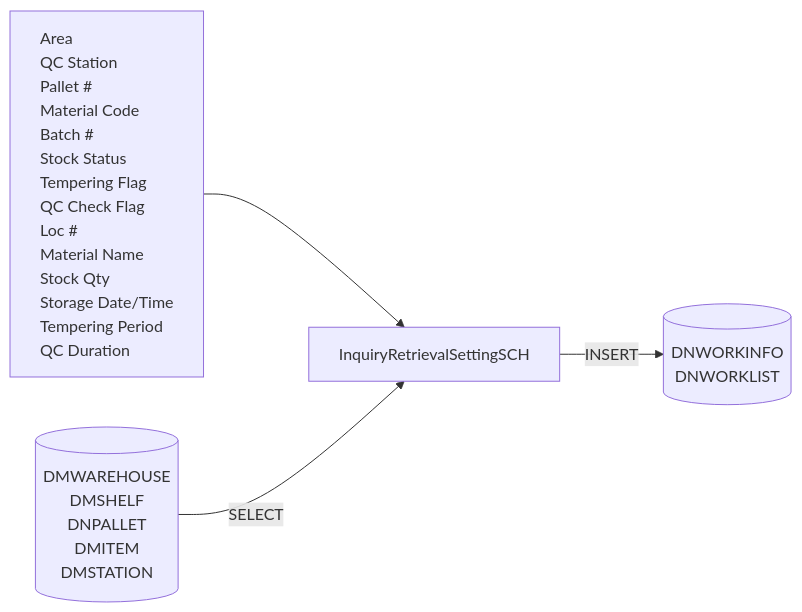
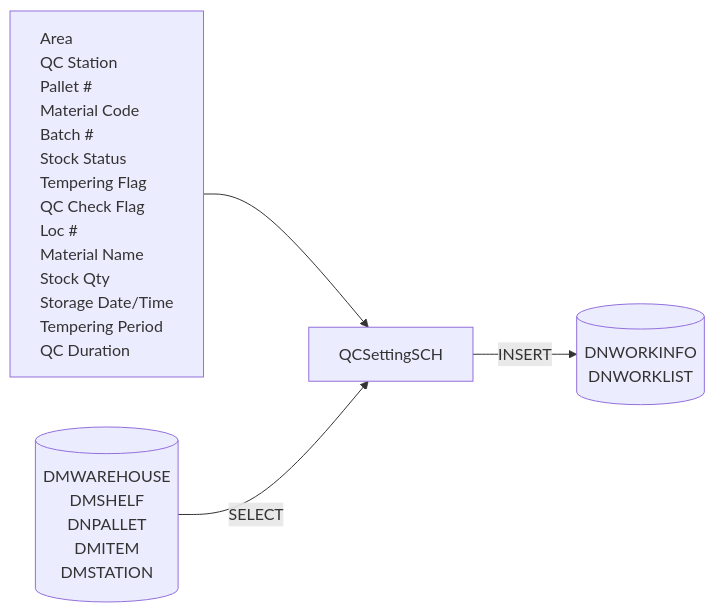
One commit to luthfiadityaa/SimeDarby-Wiki changed the third of 3 diagrams in Basic-Design/DFD-WMS/Retrieval/QC-Setting/Retrieval-for-QC-Start.md. Above: the diagram before and after it, drawn with Mermaid.

Commit message:
Updated Retrieval for QC Start

```diff
--- a/Basic-Design/DFD-WMS/Retrieval/QC-Setting/Retrieval-for-QC-Start.md
+++ b/Basic-Design/DFD-WMS/Retrieval/QC-Setting/Retrieval-for-QC-Start.md
@@ -88,40 +88,40 @@
 ::: mermaid
 flowchart LR
     input[
         Area
         QC Station
         Pallet #
         Material Code
         Batch #
         Stock Status
         Tempering Flag
         QC Check Flag
         Loc #
         Material Name
         Stock Qty
         Storage Date/Time
         Tempering Period
         QC Duration
     ]
 
     tableList-insert[("
         DNWORKINFO
         DNWORKLIST
     ")]
 
      tableList-select[("
         DMWAREHOUSE
         DMSHELF
         DNPALLET
         DMITEM
         DMSTATION
     ")]
 
-    className[InquiryRetrievalSettingSCH]
+    className[QCSettingSCH]
 
     input --> className --> |INSERT| tableList-insert
     tableList-select --> |SELECT| className
 
     classDef leftAlign text-align:left;
     class input leftAlign;
 :::
```
